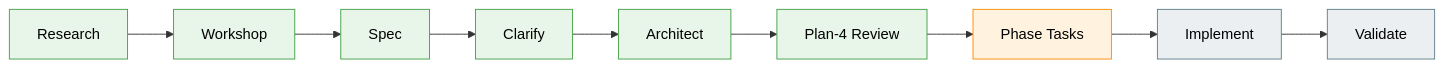
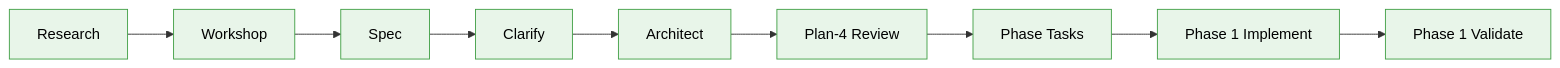
The diagram in docs/plans/007-options-for-pi-extensions-that-do-subagents/agent-workbench.fltplan.md (vaughanknight/pij), drawn with Mermaid before and after one commit. The commit also changed other lines of this file and 8 other files, not shown here.

````diff
--- a/docs/plans/007-options-for-pi-extensions-that-do-subagents/agent-workbench.fltplan.md
+++ b/docs/plans/007-options-for-pi-extensions-that-do-subagents/agent-workbench.fltplan.md
@@ -66,8 +66,8 @@
 ```mermaid
 flowchart LR
     classDef done fill:#E8F5E9,stroke:#43A047,color:#000
     classDef active fill:#FFF3E0,stroke:#FB8C00,color:#000
     classDef pending fill:#ECEFF1,stroke:#607D8B,color:#000
 
-    R[Research]:::done --> W[Workshop]:::done --> S[Spec]:::done --> C[Clarify]:::done --> A[Architect]:::done --> P4[Plan-4 Review]:::done --> T[Phase Tasks]:::active --> I[Implement]:::pending --> V[Validate]:::pending
+    R[Research]:::done --> W[Workshop]:::done --> S[Spec]:::done --> C[Clarify]:::done --> A[Architect]:::done --> P4[Plan-4 Review]:::done --> T[Phase Tasks]:::done --> I[Phase 1 Implement]:::done --> V[Phase 1 Validate]:::done
 ```
````
